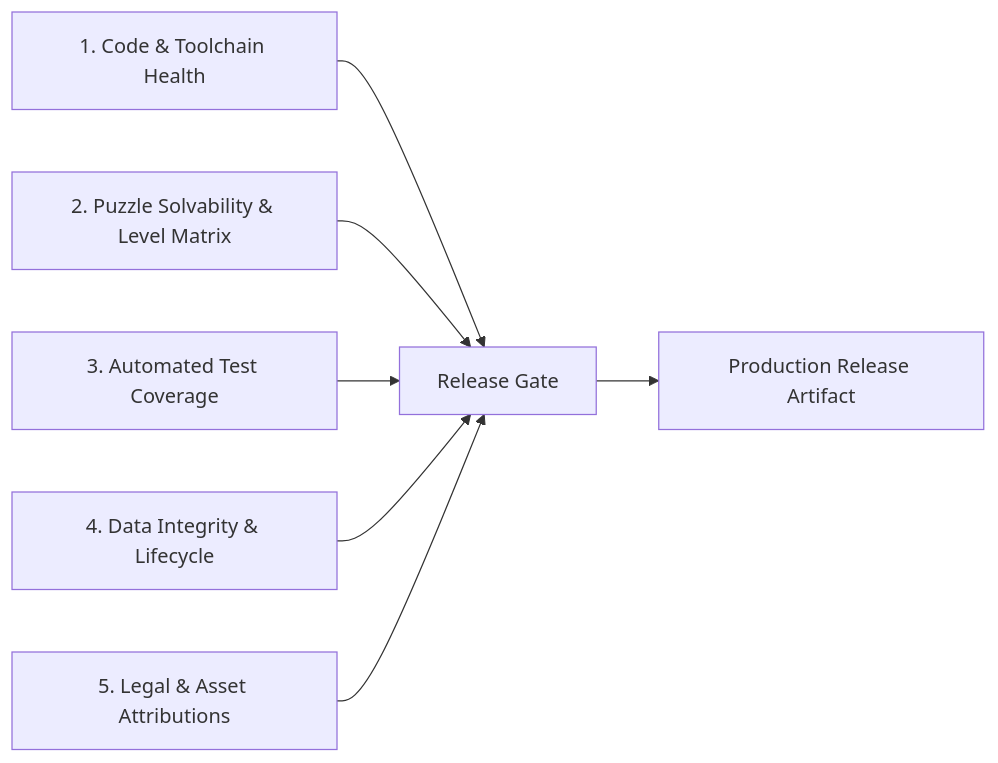
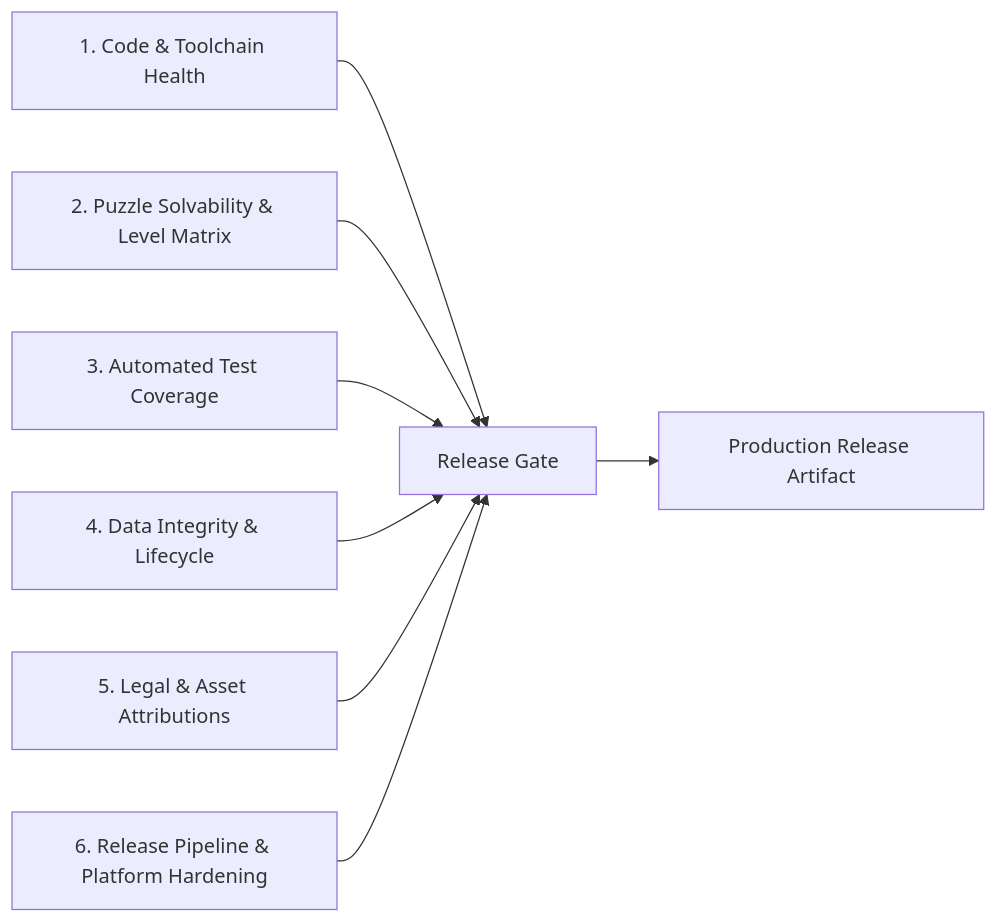
One commit to eng618/parable-bloom changed the diagram in documentation/reference/launch-readiness-audit.md. Above: the diagram before and after it, drawn with Mermaid. The commit also changed other lines of this file, not shown here.

Commit message:
docs: update launch readiness audit reference with latest app status and pipeline hardening

````diff
--- a/documentation/reference/launch-readiness-audit.md
+++ b/documentation/reference/launch-readiness-audit.md
@@ -11,9 +13,10 @@
 ```mermaid
 graph LR
     A[1. Code & Toolchain Health] --> V[Release Gate]
     B[2. Puzzle Solvability & Level Matrix] --> V
     C[3. Automated Test Coverage] --> V
     D[4. Data Integrity & Lifecycle] --> V
     E[5. Legal & Asset Attributions] --> V
+    F[6. Release Pipeline & Platform Hardening] --> V
     V --> REL[Production Release Artifact]
 ```
````
